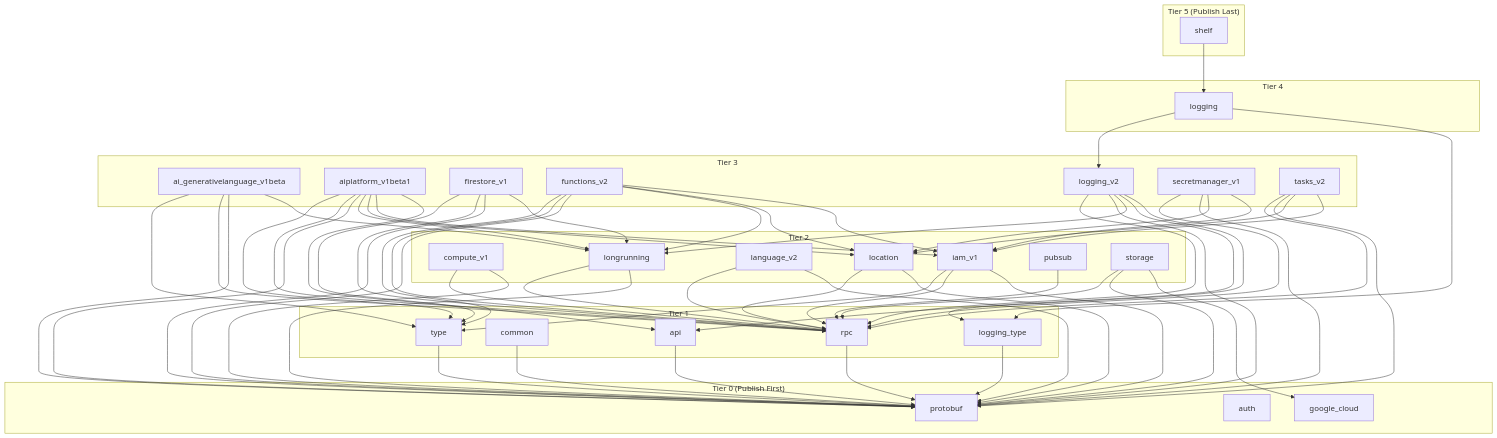
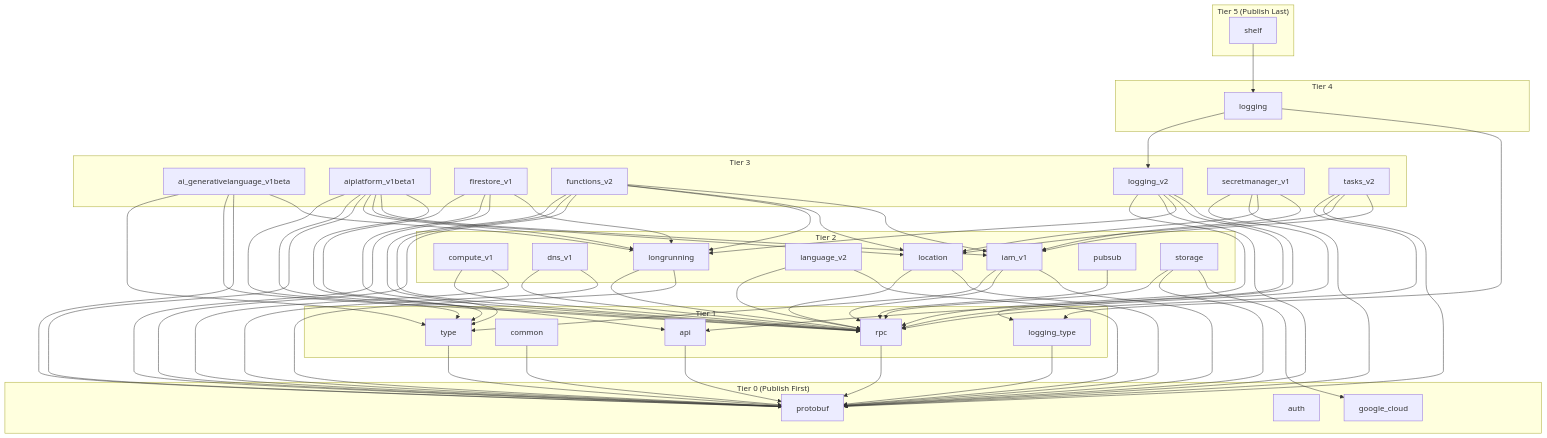
The diagram in DEVELOPER_GUIDE.md (googleapis/google-cloud-dart), drawn with Mermaid before and after one commit. The commit also changed 17 other files, not shown here.

```diff
--- a/DEVELOPER_GUIDE.md
+++ b/DEVELOPER_GUIDE.md
@@ -30,6 +30,7 @@
 
   subgraph Tier2 ["Tier 2"]
     google_cloud_compute_v1["compute_v1"]
+    google_cloud_dns_v1["dns_v1"]
     google_cloud_iam_v1["iam_v1"]
     google_cloud_language_v2["language_v2"]
     google_cloud_location["location"]
@@ -71,6 +72,8 @@
   google_cloud_common --> google_cloud_protobuf
   google_cloud_compute_v1 --> google_cloud_protobuf
   google_cloud_compute_v1 --> google_cloud_rpc
+  google_cloud_dns_v1 --> google_cloud_protobuf
+  google_cloud_dns_v1 --> google_cloud_rpc
   google_cloud_firestore_v1 --> google_cloud_longrunning
   google_cloud_firestore_v1 --> google_cloud_protobuf
   google_cloud_firestore_v1 --> google_cloud_rpc
```
